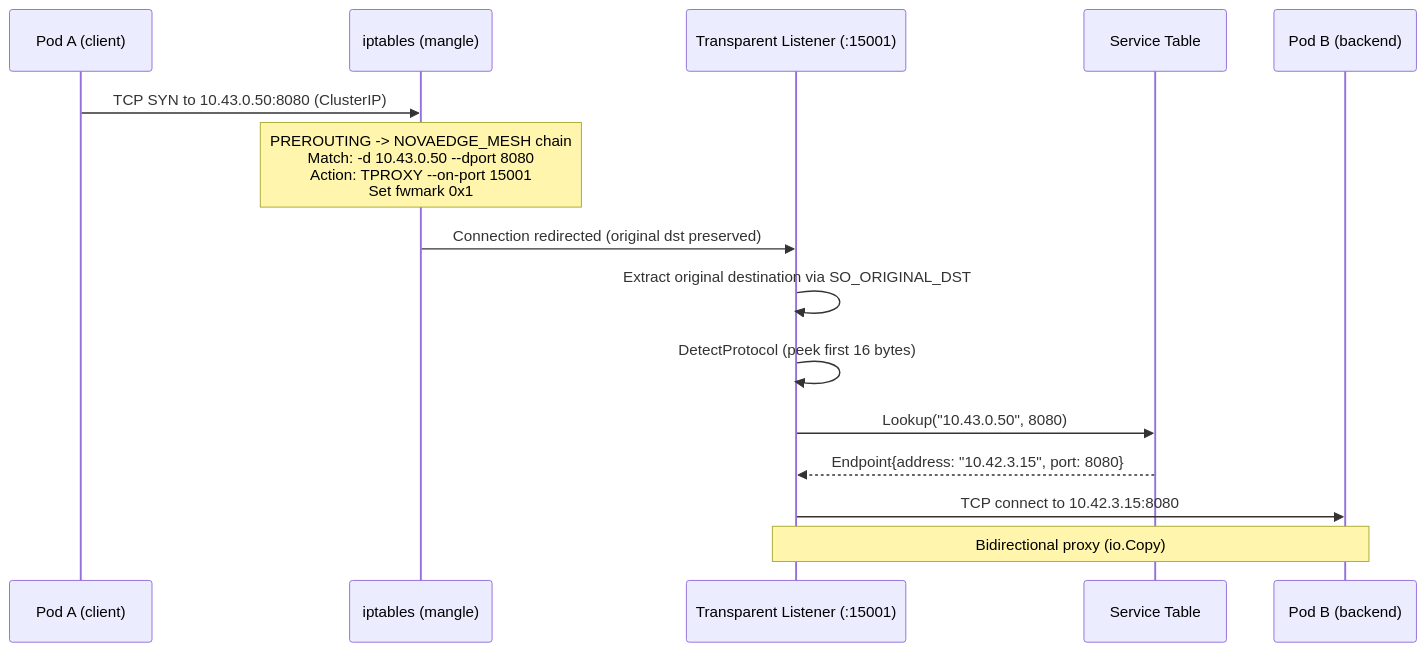
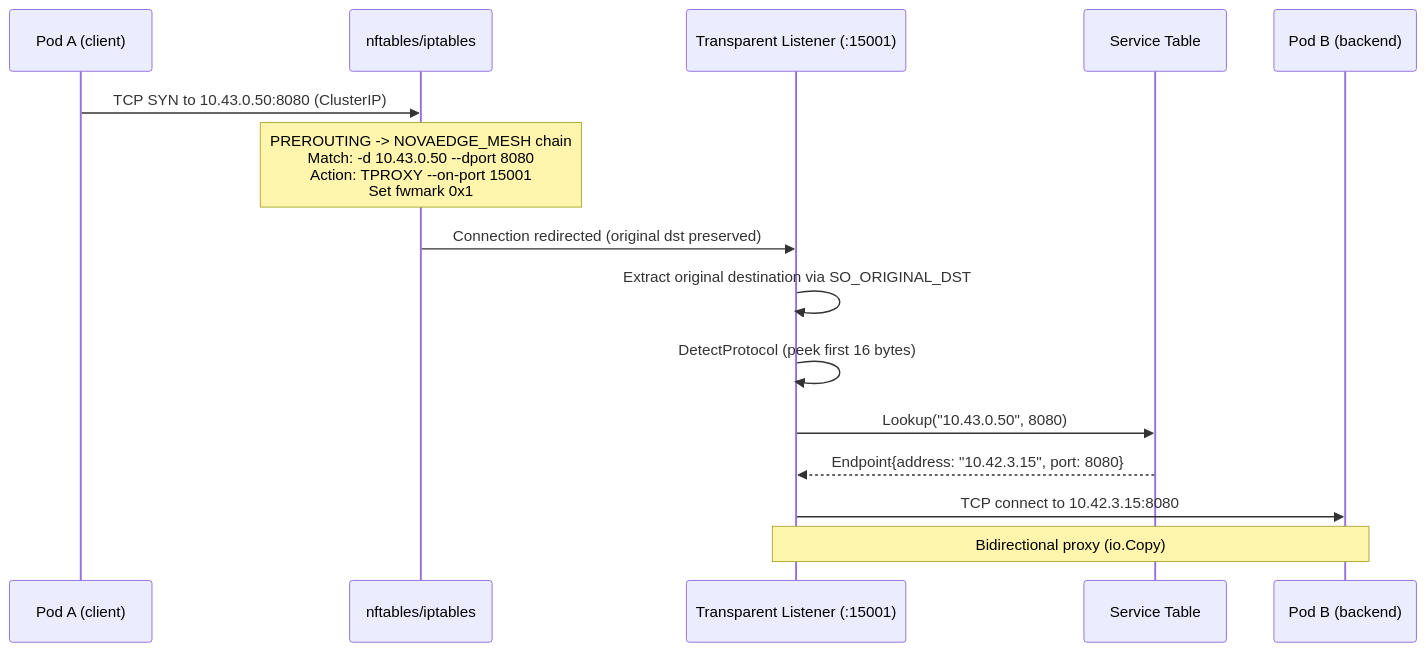
Before and after one commit to azrtydxb/novaedge: the second of 4 diagrams in docs/user-guide/service-mesh.md, drawn with Mermaid. The commit also changed other lines of this file and 10 other files, not shown here.

First line of the commit message:
[Refactor] Replace iptables exec with nftables/netlink API for TPROXY (#506)

````diff
--- a/docs/user-guide/service-mesh.md
+++ b/docs/user-guide/service-mesh.md
@@ -109,19 +109,19 @@
 ```mermaid
 sequenceDiagram
     participant App as Pod A (client)
-    participant IPT as iptables (mangle)
+    participant IPT as nftables/iptables
     participant TL as Transparent Listener (:15001)
     participant ST as Service Table
     participant Backend as Pod B (backend)
 
     App->>IPT: TCP SYN to 10.43.0.50:8080 (ClusterIP)
     Note over IPT: PREROUTING -> NOVAEDGE_MESH chain<br/>Match: -d 10.43.0.50 --dport 8080<br/>Action: TPROXY --on-port 15001<br/>Set fwmark 0x1
 
     IPT->>TL: Connection redirected (original dst preserved)
     TL->>TL: Extract original destination via SO_ORIGINAL_DST
     TL->>TL: DetectProtocol (peek first 16 bytes)
     TL->>ST: Lookup("10.43.0.50", 8080)
     ST-->>TL: Endpoint{address: "10.42.3.15", port: 8080}
     TL->>Backend: TCP connect to 10.42.3.15:8080
     Note over TL,Backend: Bidirectional proxy (io.Copy)
 ```
````
